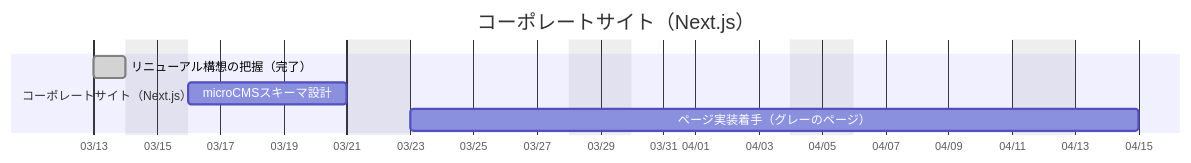
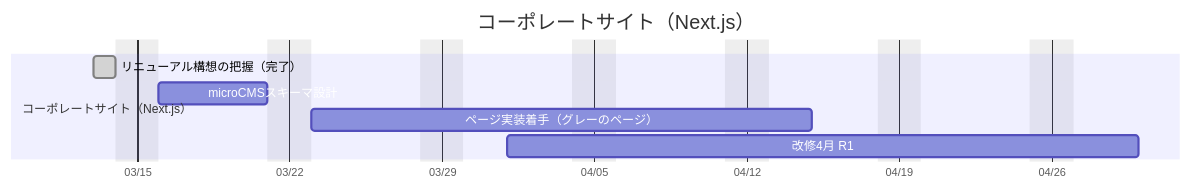
Before and after one commit to yuma-morimoto/sonicmoov-docs: the second of 7 diagrams in スケジュール.md, drawn with Mermaid. The commit also changed other lines of this file and 8 other files, not shown here.

````diff
--- a/スケジュール.md
+++ b/スケジュール.md
@@ -23,12 +24,13 @@
 ```mermaid
 gantt
     title コーポレートサイト（Next.js）
     dateFormat  YYYY-MM-DD
     axisFormat  %m/%d
     excludes    weekends
 
     section コーポレートサイト（Next.js）
         リニューアル構想の把握（完了）      :done, corp_plan, 2026-03-13, 1d
         microCMSスキーマ設計              :corp_schema, 2026-03-16, 5d
         ページ実装着手（グレーのページ）    :corp_gray, 2026-03-23, 2026-04-15
+        改修4月 R1                         :corp_r1, 2026-04-01, 2026-04-30
 ```
````
